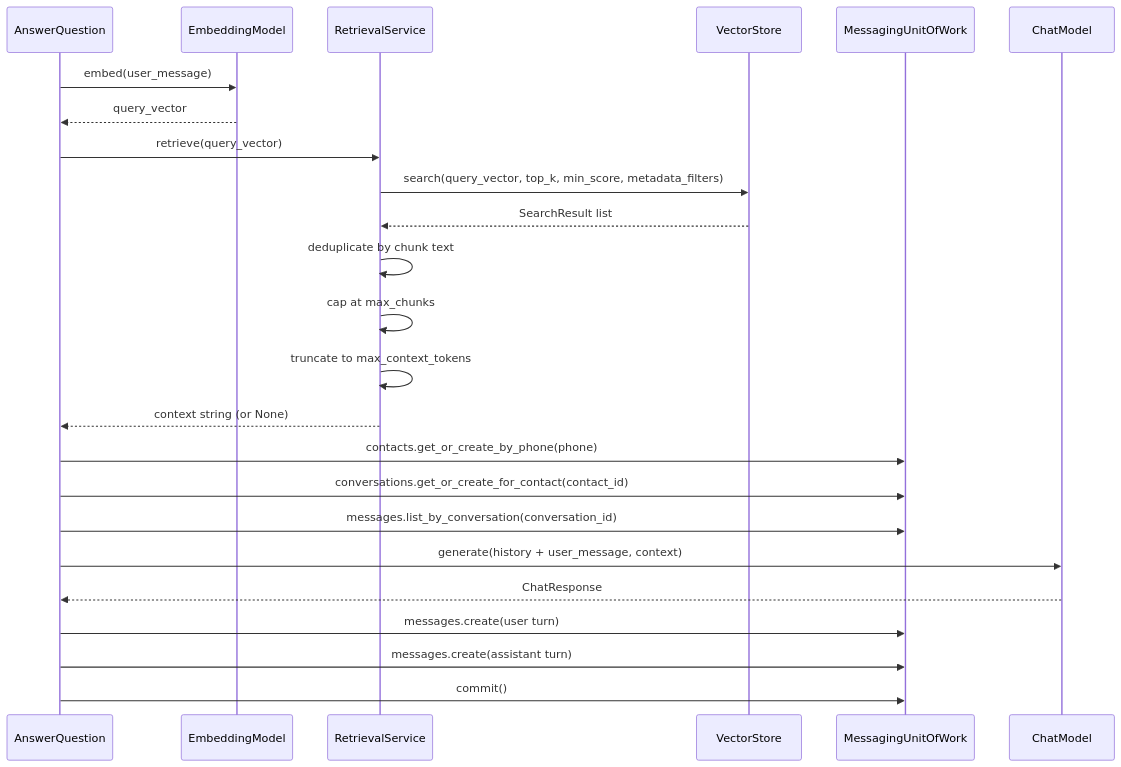
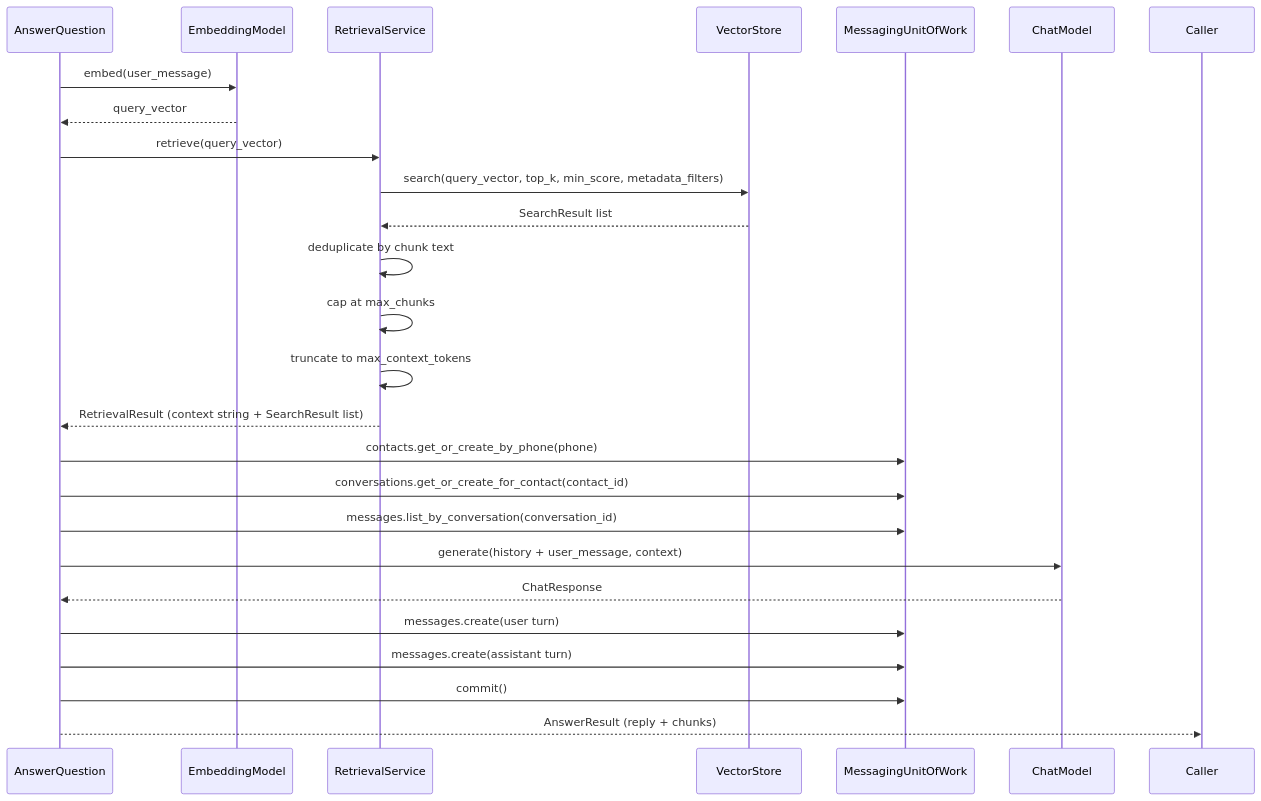
One commit to camercadop/knowledge-support-ai-agent changed the first of 2 diagrams in app/application/support/README.md. Above: the diagram before and after it, drawn with Mermaid. The commit also changed other lines of this file and 10 other files, not shown here.

````diff
--- a/app/application/support/README.md
+++ b/app/application/support/README.md
@@ -26,27 +26,28 @@
 ```mermaid
 sequenceDiagram
     participant UC as AnswerQuestion
     participant Embed as EmbeddingModel
     participant RS as RetrievalService
     participant VS as VectorStore
     participant UoW as MessagingUnitOfWork
     participant LLM as ChatModel
 
     UC->>Embed: embed(user_message)
     Embed-->>UC: query_vector
     UC->>RS: retrieve(query_vector)
     RS->>VS: search(query_vector, top_k, min_score, metadata_filters)
     VS-->>RS: SearchResult list
     RS->>RS: deduplicate by chunk text
     RS->>RS: cap at max_chunks
     RS->>RS: truncate to max_context_tokens
-    RS-->>UC: context string (or None)
+    RS-->>UC: RetrievalResult (context string + SearchResult list)
     UC->>UoW: contacts.get_or_create_by_phone(phone)
     UC->>UoW: conversations.get_or_create_for_contact(contact_id)
     UC->>UoW: messages.list_by_conversation(conversation_id)
     UC->>LLM: generate(history + user_message, context)
     LLM-->>UC: ChatResponse
     UC->>UoW: messages.create(user turn)
     UC->>UoW: messages.create(assistant turn)
     UC->>UoW: commit()
+    UC-->>Caller: AnswerResult (reply + chunks)
 ```
````
